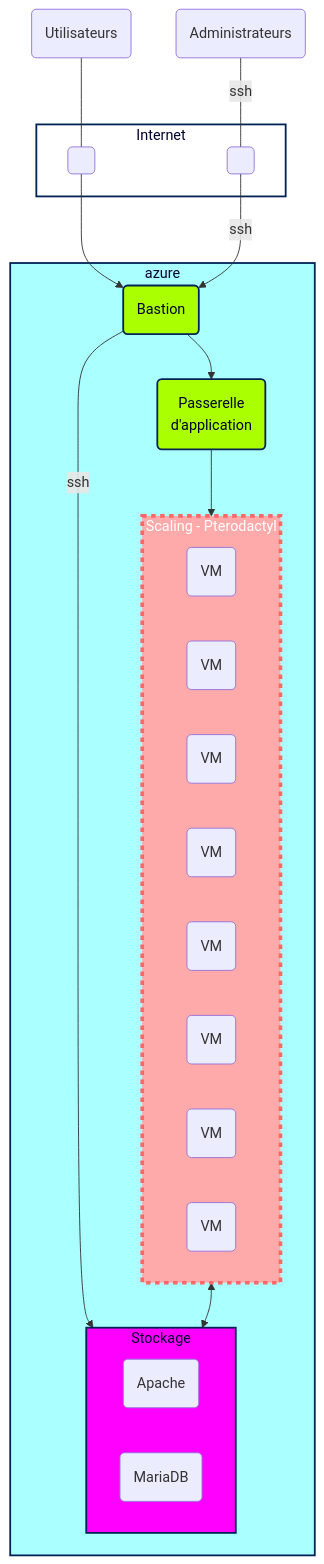
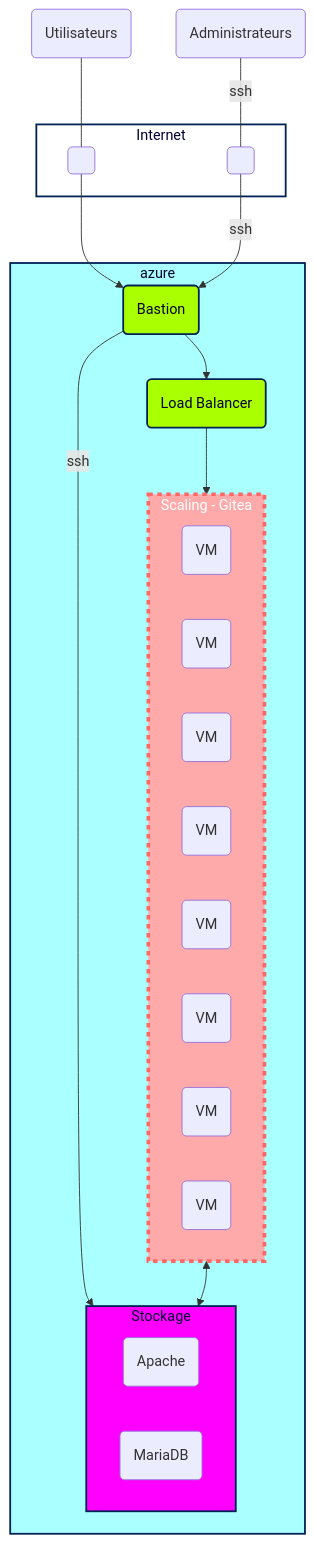
One commit to Simplon-Luna/B4-G4 changed the diagram in Plan d'Action.md. Above: the diagram before and after it, drawn with Mermaid. The commit also changed 1 other file, not shown here.

Commit message:
Topologie change

````diff
--- a/Plan d'Action.md
+++ b/Plan d'Action.md
@@ -18,50 +18,50 @@
 ```mermaid
 flowchart TD 
 
 user(Utilisateurs)
 admin(Administrateurs)
 
     subgraph Web [Internet]
     vide( )
     void( )
     end  
 
     subgraph AZ [azure]
         subgraph BDD [Stockage]
         apa(Apache)
         bdd(MariaDB)
         end
 
 
     proxy(Bastion)
-    appGW(Passerelle <br> d'application)
+    appGW(Load Balancer)
 
-        subgraph VM [Scaling - Pterodactyl]
+        subgraph VM [Scaling - Gitea]
         vm1(VM)
         vm2(VM)
         vm3(VM)
         vm4(VM)
         vm5(VM)
         vm6(VM)
         vm7(VM)
         vm8(VM)
         end
 
     end 
 
 user --- vide --> proxy --> appGW --> VM
 admin --- |ssh| void --> |ssh| proxy --> |ssh| BDD
 VM <--> BDD
 
     classDef rouge fill:#faa,stroke:#f66,stroke-width:4px,color:#fff,stroke-dasharray: 5 5;
     class VM, rouge;
     classDef sec fill:#aff,stroke:#025,stroke-width:2px,color:#003;
     class AZ, sec;
     classDef ter fill:#f0f,stroke:#025,stroke-width:2px,color:#003;
     class BDD, ter;
     classDef vert fill:#af0,stroke:#025,stroke-width:2px,color:#003;
     class proxy,appGW,Serv, vert;
     classDef blanc fill:#fff,stroke:#025,stroke-width:2px,color:#003;
     class Web, blanc;
 
 ```
````
